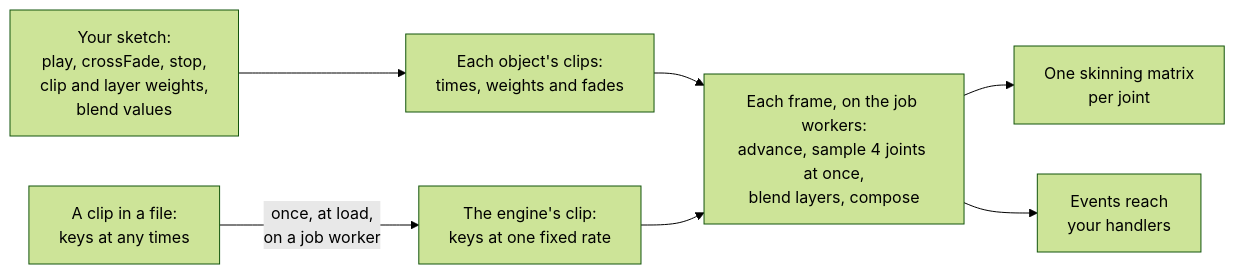
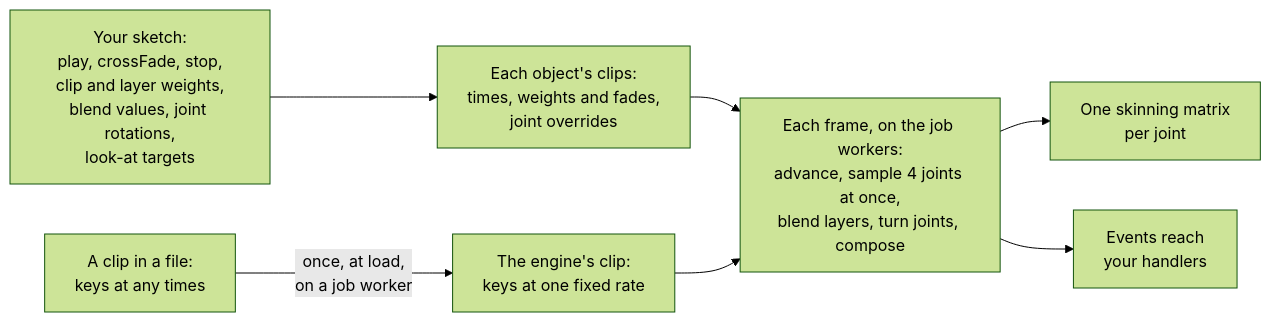
The diagram in docs/api/animation.md (null3d-engine/null3d), drawn with Mermaid (forest theme) before and after one commit. The commit also changed other lines of this file and 30 other files, not shown here.

First line of the commit message:
feat(engine): let game code turn a skinned object's joints on top of its clips

````diff
--- a/docs/api/animation.md
+++ b/docs/api/animation.md
@@ -13,9 +13,9 @@
 ```mermaid
 flowchart LR
-    calls["Your sketch:<br/>play, crossFade, stop,<br/>clip and layer weights,<br/>blend values"] --> state["Each object's clips:<br/>times, weights and fades"]
+    calls["Your sketch:<br/>play, crossFade, stop,<br/>clip and layer weights,<br/>blend values, joint rotations,<br/>look-at targets"] --> state["Each object's clips:<br/>times, weights and fades,<br/>joint overrides"]
     file["A clip in a file:<br/>keys at any times"] -->|"once, at load,<br/>on a job worker"| clip["The engine's clip:<br/>keys at one fixed rate"]
     state --> step
-    clip --> step["Each frame, on the job workers:<br/>advance, sample 4 joints at once,<br/>blend layers, compose"]
+    clip --> step["Each frame, on the job workers:<br/>advance, sample 4 joints at once,<br/>blend layers, turn joints, compose"]
     step --> matrices["One skinning matrix<br/>per joint"]
     step --> events["Events reach<br/>your handlers"]
 ```
````
